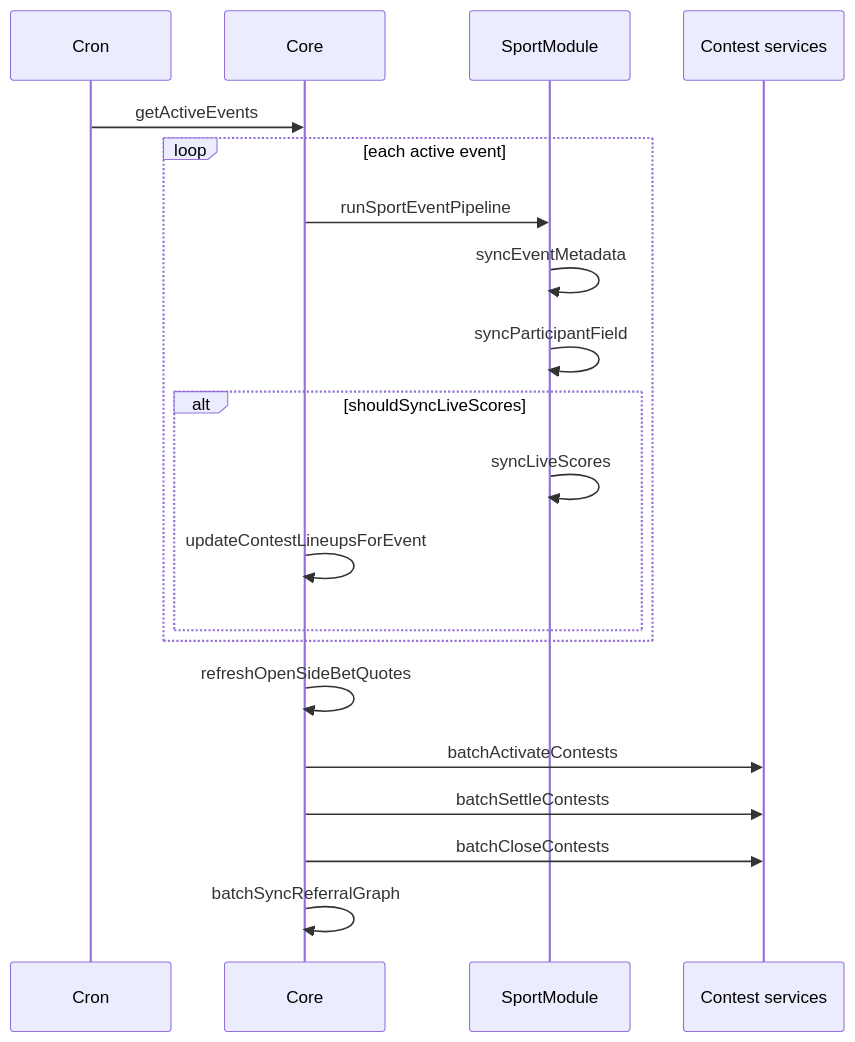
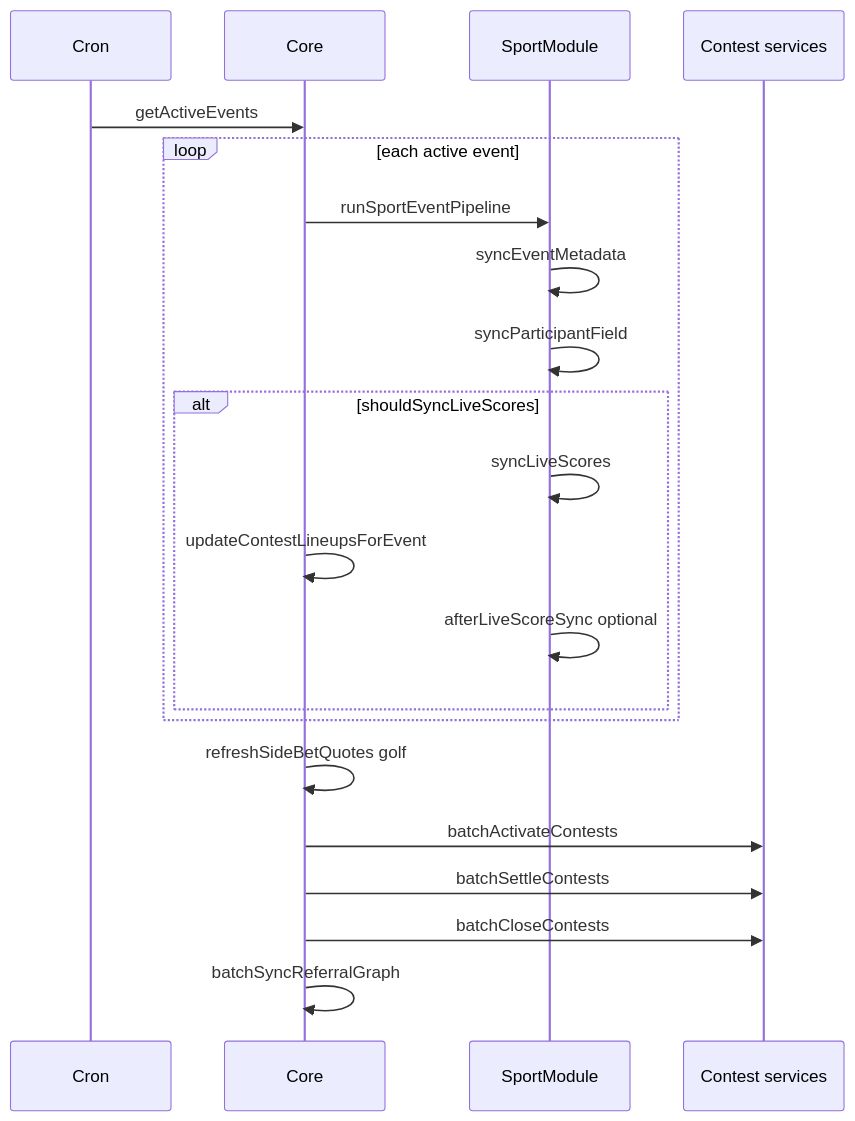
One commit to MagRelo/cut changed the second of 2 diagrams in docs/platform/architecture.md. Above: the diagram before and after it, drawn with Mermaid. The commit also changed other lines of this file and 33 other files, not shown here.

First line of the commit message:
Refactor cron job architecture and enhance commentary features

````diff
--- a/docs/platform/architecture.md
+++ b/docs/platform/architecture.md
@@ -197,23 +197,24 @@
 ```mermaid
 sequenceDiagram
   participant Cron
   participant Core
   participant Plugin as SportModule
   participant Contest as Contest services
 
   Cron->>Core: getActiveEvents
   loop each active event
     Core->>Plugin: runSportEventPipeline
     Plugin->>Plugin: syncEventMetadata
     Plugin->>Plugin: syncParticipantField
     alt shouldSyncLiveScores
       Plugin->>Plugin: syncLiveScores
       Core->>Core: updateContestLineupsForEvent
+      Plugin->>Plugin: afterLiveScoreSync optional
     end
   end
-  Core->>Core: refreshOpenSideBetQuotes
+  Core->>Core: refreshSideBetQuotes golf
   Core->>Contest: batchActivateContests
   Core->>Contest: batchSettleContests
   Core->>Contest: batchCloseContests
   Core->>Core: batchSyncReferralGraph
 ```
````
